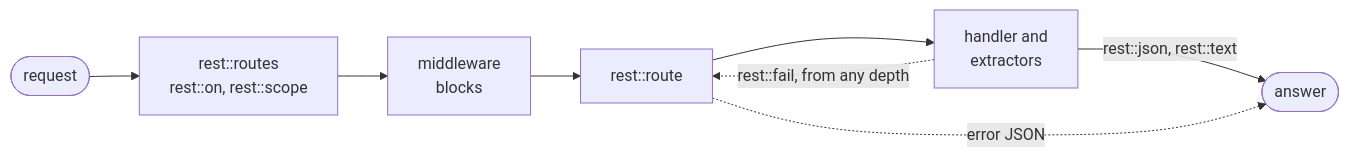
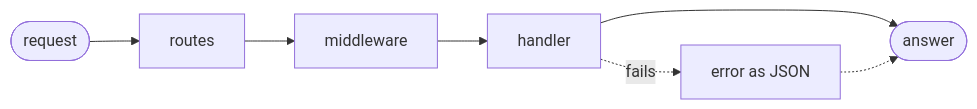
Before and after one commit to kaitk/goose-rest: the diagram in README.md, drawn with Mermaid. The commit also changed other lines of this file, not shown here.

Commit message:
Split middleware into its own status table, and simplify the concepts

````diff
--- a/README.md
+++ b/README.md
@@ -113,10 +124,6 @@
 ```mermaid
 flowchart LR
-    R(["request"]) --> S["rest::routes<br/>rest::on, rest::scope"]
-    S --> M["middleware<br/>blocks"]
-    M --> T["rest::route"]
-    T --> H["handler and<br/>extractors"]
-    H -- "rest::json, rest::text" --> A(["answer"])
-    H -. "rest::fail, from any depth" .-> T
-    T -. "error JSON" .-> A
+    R(["request"]) --> S["routes"] --> M["middleware"] --> H["handler"]
+    H --> A(["answer"])
+    H -. "fails" .-> E["error as JSON"] -.-> A
 ```
````
